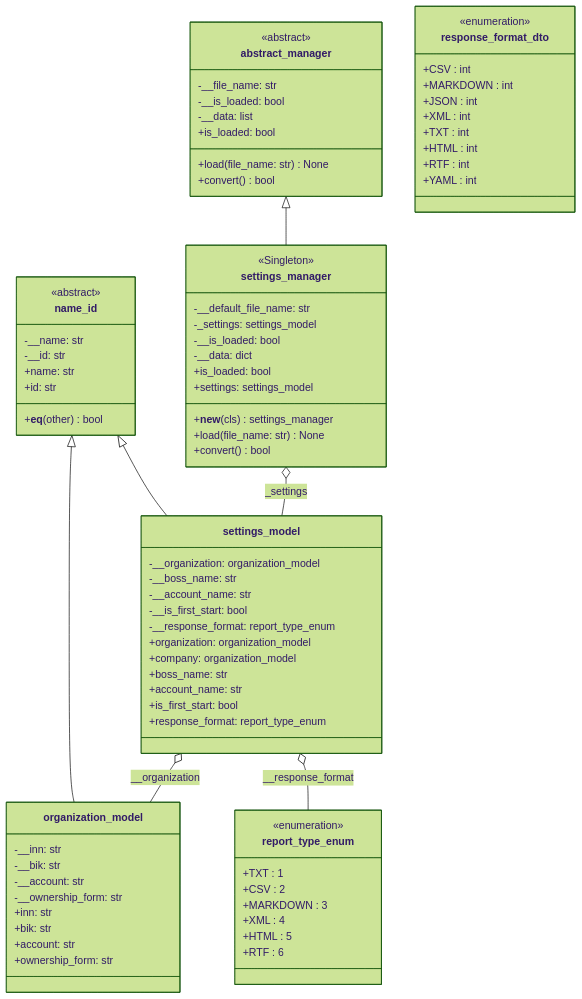
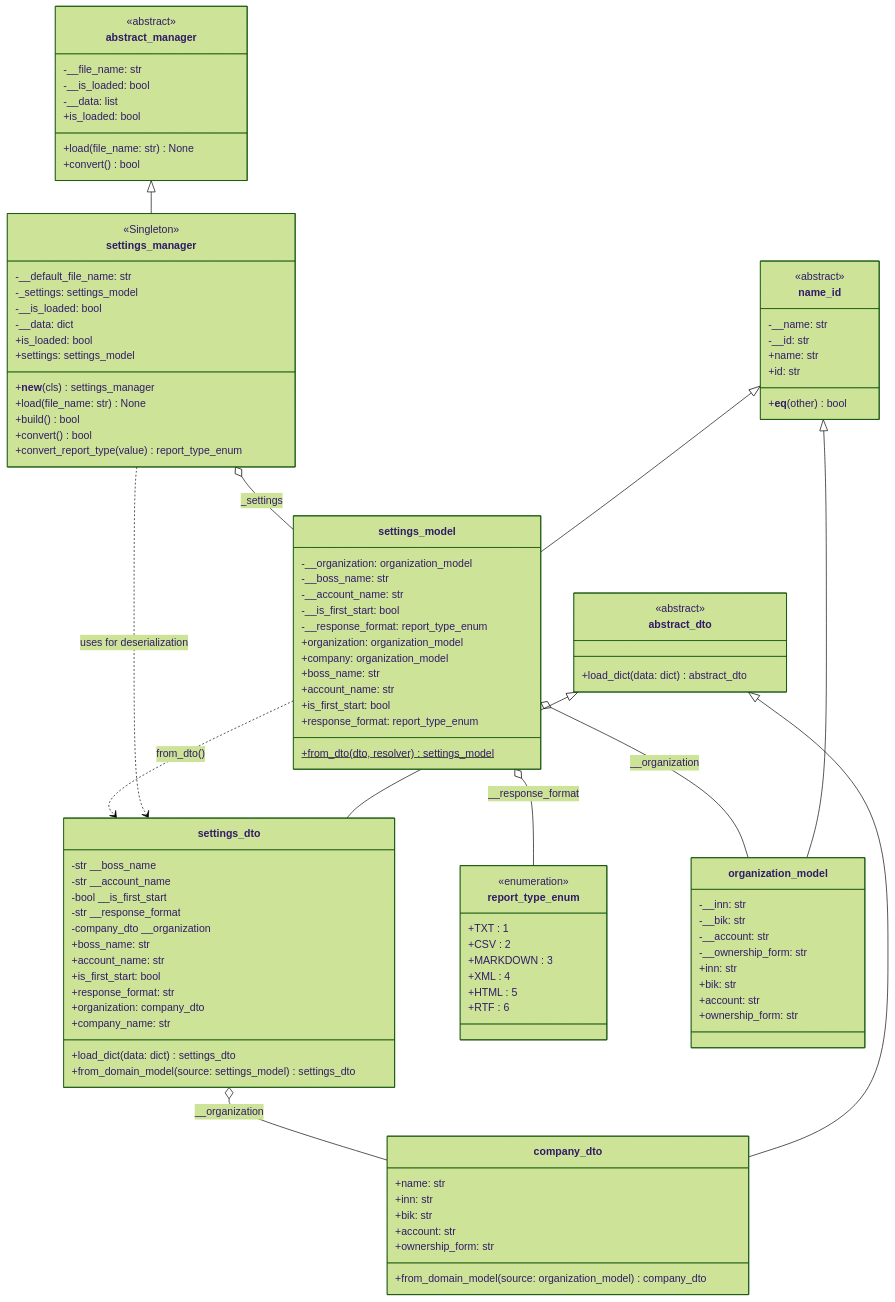
Before and after one commit to Turik06/Patterns_Suleymanov: the diagram in Docs/SettingsManager.md, drawn with Mermaid (forest theme). The commit also changed other lines of this file and 4 other files, not shown here.

Commit message:
update docs and diagrams

````diff
--- a/Docs/SettingsManager.md
+++ b/Docs/SettingsManager.md
@@ -22,7 +24,9 @@
         -__data: dict
         +__new__(cls) settings_manager
         +load(file_name: str) None
+        +build() bool
         +convert() bool
+        +convert_report_type(value) report_type_enum
         +is_loaded: bool
         +settings: settings_model
     }
@@ -39,6 +43,37 @@
         +account_name: str
         +is_first_start: bool
         +response_format: report_type_enum
+        +from_dto(dto, resolver) settings_model$
+    }
+
+    class abstract_dto {
+        <<abstract>>
+        +load_dict(data: dict) abstract_dto
+    }
+
+    class settings_dto {
+        -str __boss_name
+        -str __account_name
+        -bool __is_first_start
+        -str __response_format
+        -company_dto __organization
+        +boss_name: str
+        +account_name: str
+        +is_first_start: bool
+        +response_format: str
+        +organization: company_dto
+        +company_name: str
+        +load_dict(data: dict) settings_dto
+        +from_domain_model(source: settings_model) settings_dto
+    }
+
+    class company_dto {
+        +name: str
+        +inn: str
+        +bik: str
+        +account: str
+        +ownership_form: str
+        +from_domain_model(source: organization_model) company_dto
     }
 
     class report_type_enum {
@@ -49,18 +84,6 @@
         +XML : 4
         +HTML : 5
         +RTF : 6
-    }
-
-    class response_format_dto {
-        <<enumeration>>
-        +CSV : int
-        +MARKDOWN : int
-        +JSON : int
-        +XML : int
-        +TXT : int
-        +HTML : int
-        +RTF : int
-        +YAML : int
     }
 
     class organization_model {
@@ -87,7 +110,14 @@
     name_id <|-- organization_model
     abstract_manager <|-- settings_manager
 
+    abstract_dto <|-- settings_dto
+    abstract_dto <|-- company_dto
+
     settings_manager o-- settings_model : _settings
     settings_model o-- organization_model : __organization
     settings_model o-- report_type_enum : __response_format
+
+    settings_dto o-- company_dto : __organization
+    settings_manager ..> settings_dto : uses for deserialization
+    settings_model ..> settings_dto : from_dto()
 ```
````
